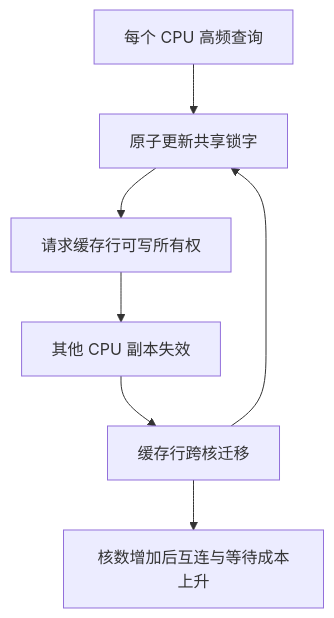
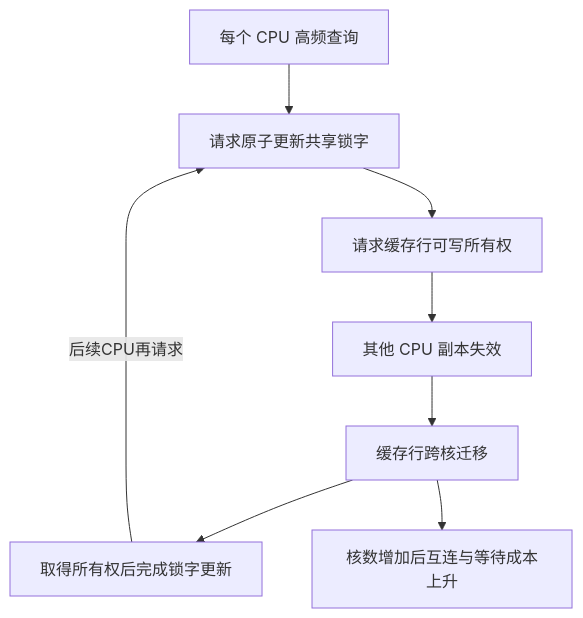
The third of 10 diagrams in knowledge/linux/synchronization_and_asynchrony/synchronization/rcu/P01_为什么需要_RCU.md (FormingSystem/linux_note), drawn with Mermaid before and after one commit. The commit also changed other lines of this file and 6 other files, not shown here.

````diff
--- a/knowledge/linux/synchronization_and_asynchrony/synchronization/rcu/P01_为什么需要_RCU.md
+++ b/knowledge/linux/synchronization_and_asynchrony/synchronization/rcu/P01_为什么需要_RCU.md
@@ -140,9 +143,10 @@
 ```mermaid
 flowchart TD
-    Q[每个 CPU 高频查询] --> A[原子更新共享锁字]
+    Q[每个 CPU 高频查询] --> A[请求原子更新共享锁字]
     A --> O[请求缓存行可写所有权]
     O --> I[其他 CPU 副本失效]
     I --> M[缓存行跨核迁移]
-    M --> A
+    M --> U[取得所有权后完成锁字更新]
+    U -->|后续CPU再请求| A
     M --> C[核数增加后互连与等待成本上升]
 ```
````
